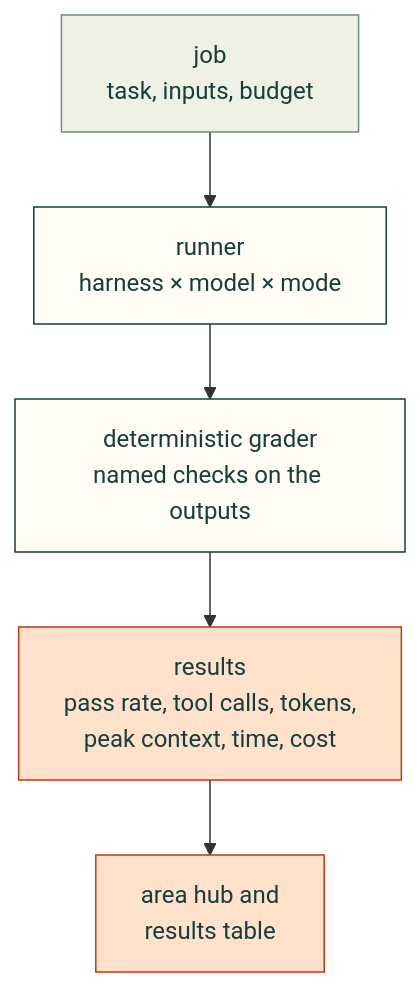
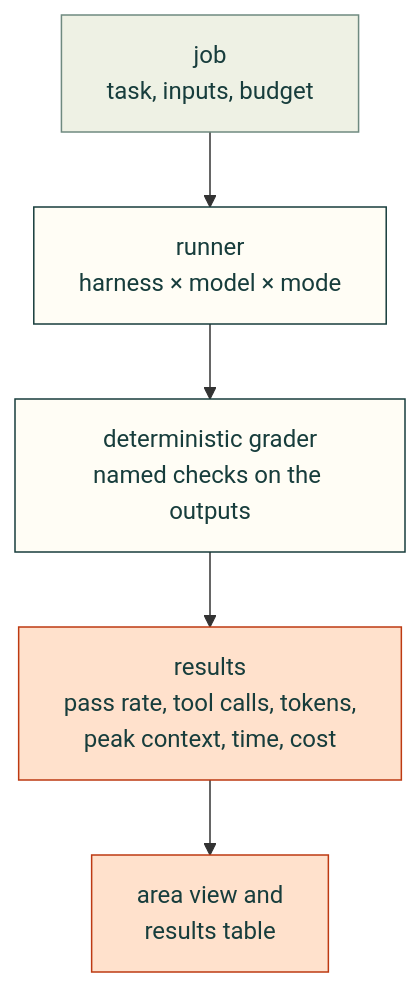
Before and after one commit to Valpatel/cad-agent: the fourth of 5 diagrams in docs/vision.md, drawn with Mermaid. The commit also changed other lines of this file and 7 other files, not shown here.

````diff
--- a/docs/vision.md
+++ b/docs/vision.md
@@ -208,13 +208,13 @@
 ```mermaid
 flowchart TD
     J["job<br/>task, inputs, budget"] --> R["runner<br/>harness × model × mode"]
     R --> G["deterministic grader<br/>named checks on the outputs"]
     G --> S["results<br/>pass rate, tool calls, tokens,<br/>peak context, time, cost"]
-    S --> H["area hub and<br/>results table"]
+    S --> H["area view and<br/>results table"]
     class J near
     class R,G here
     class S,H out
     classDef here fill:#fffdf5,stroke:#173d3c,color:#173d3c
     classDef near fill:#eef1e4,stroke:#6f8a80,color:#173d3c
     classDef out fill:#ffe1cc,stroke:#bd3a12,color:#173d3c
 ```
````
